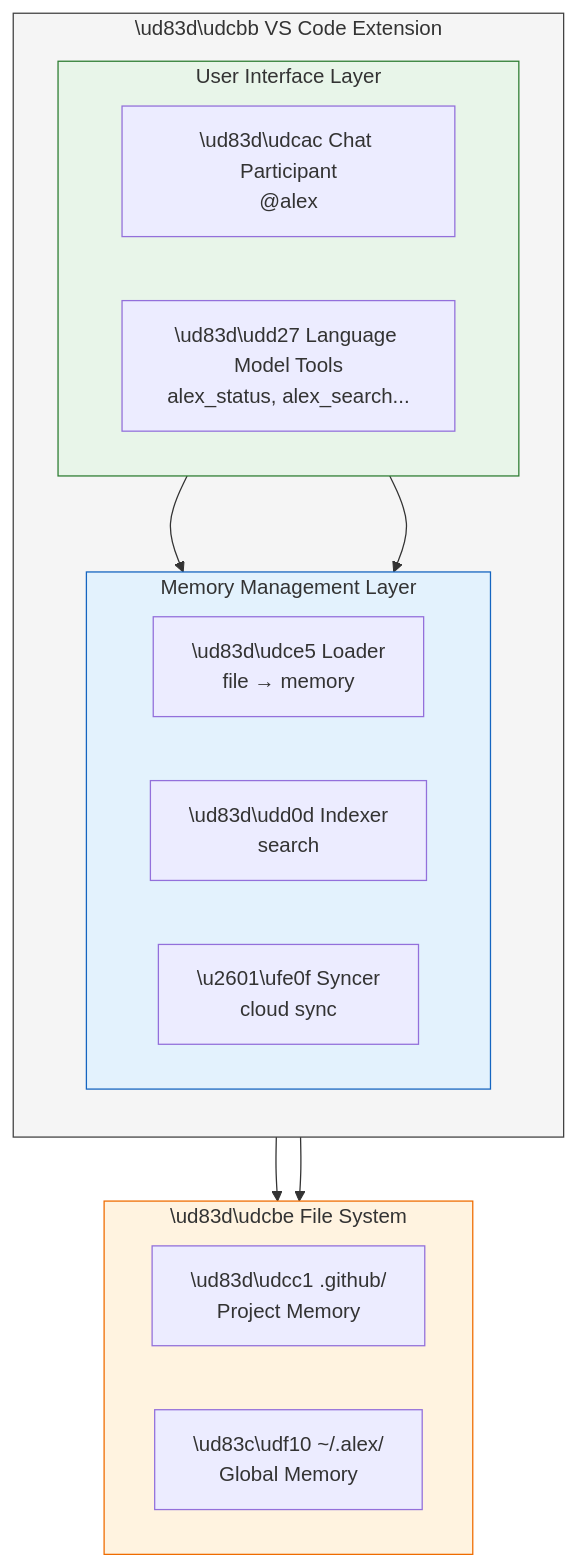
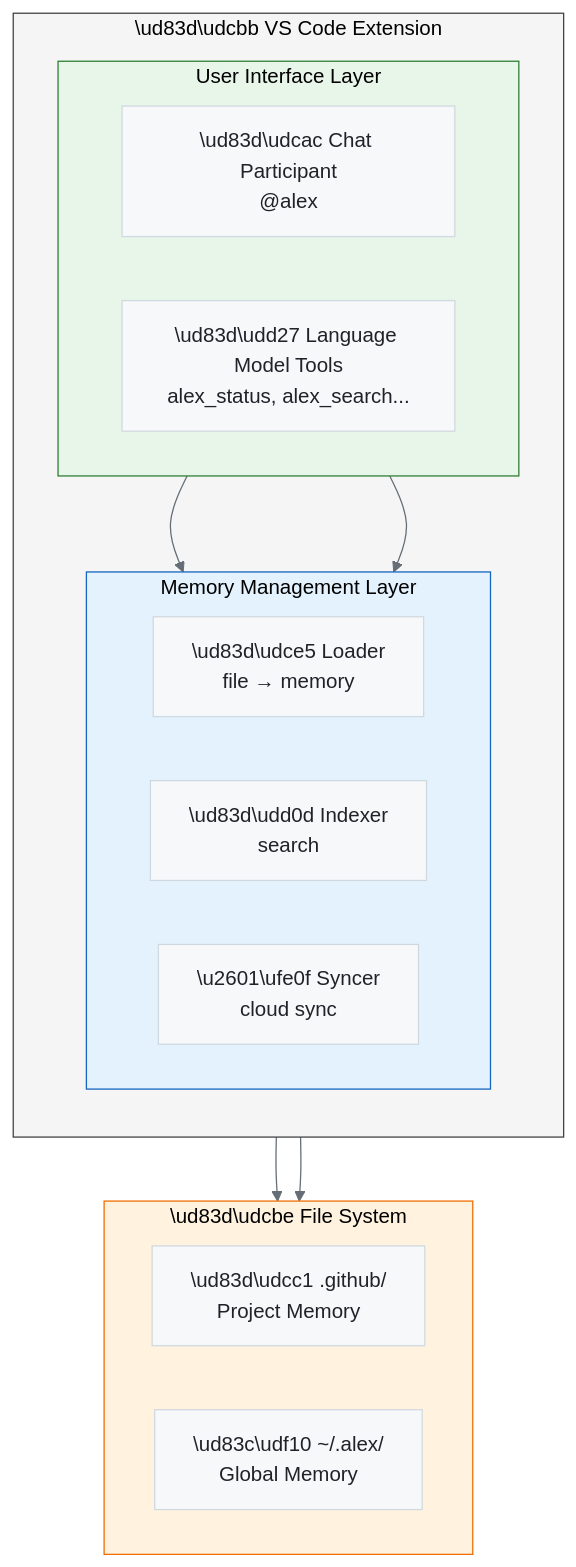
Before and after one commit to fabioc-aloha/Alex_Plug_In: the diagram in article/versions/08-ARCHITECTURE-IEEE-SOFTWARE.md, drawn with Mermaid. The commit also changed 5 other files, not shown here.

First line of the commit message:
feat(docs): add Mermaid themes to remaining project diagrams

````diff
--- a/article/versions/08-ARCHITECTURE-IEEE-SOFTWARE.md
+++ b/article/versions/08-ARCHITECTURE-IEEE-SOFTWARE.md
@@ -52,36 +52,37 @@
 ```mermaid
+%%{init: {'theme': 'base', 'themeVariables': { 'primaryColor': '#f6f8fa', 'primaryTextColor': '#1f2328', 'primaryBorderColor': '#d1d9e0', 'lineColor': '#656d76', 'secondaryColor': '#f6f8fa', 'tertiaryColor': '#ffffff', 'background': '#ffffff', 'mainBkg': '#f6f8fa', 'nodeBorder': '#d1d9e0'}}}%%
 flowchart TB
     subgraph VSCODE["\ud83d\udcbb VS Code Extension"]
         direction TB
 
         subgraph INTERFACE["User Interface Layer"]
             direction LR
             CHAT["\ud83d\udcac Chat Participant<br/>@alex"]
             LMT["\ud83d\udd27 Language Model Tools<br/>alex_status, alex_search..."]
         end
 
         subgraph MEM_LAYER["Memory Management Layer"]
             direction LR
             LOADER["\ud83d\udce5 Loader<br/>file → memory"]
             INDEX["\ud83d\udd0d Indexer<br/>search"]
             SYNC["\u2601\ufe0f Syncer<br/>cloud sync"]
         end
 
         CHAT --> MEM_LAYER
         LMT --> MEM_LAYER
     end
 
     subgraph STORAGE["\ud83d\udcbe File System"]
         direction LR
         LOCAL["\ud83d\udcc1 .github/<br/>Project Memory"]
         GLOBAL["\ud83c\udf10 ~/.alex/<br/>Global Memory"]
     end
 
     MEM_LAYER --> LOCAL
     MEM_LAYER --> GLOBAL
 
     style VSCODE fill:#f5f5f5,stroke:#424242
     style INTERFACE fill:#e8f5e9,stroke:#2e7d32
     style MEM_LAYER fill:#e3f2fd,stroke:#1565c0
     style STORAGE fill:#fff3e0,stroke:#ef6c00
 ```
````
